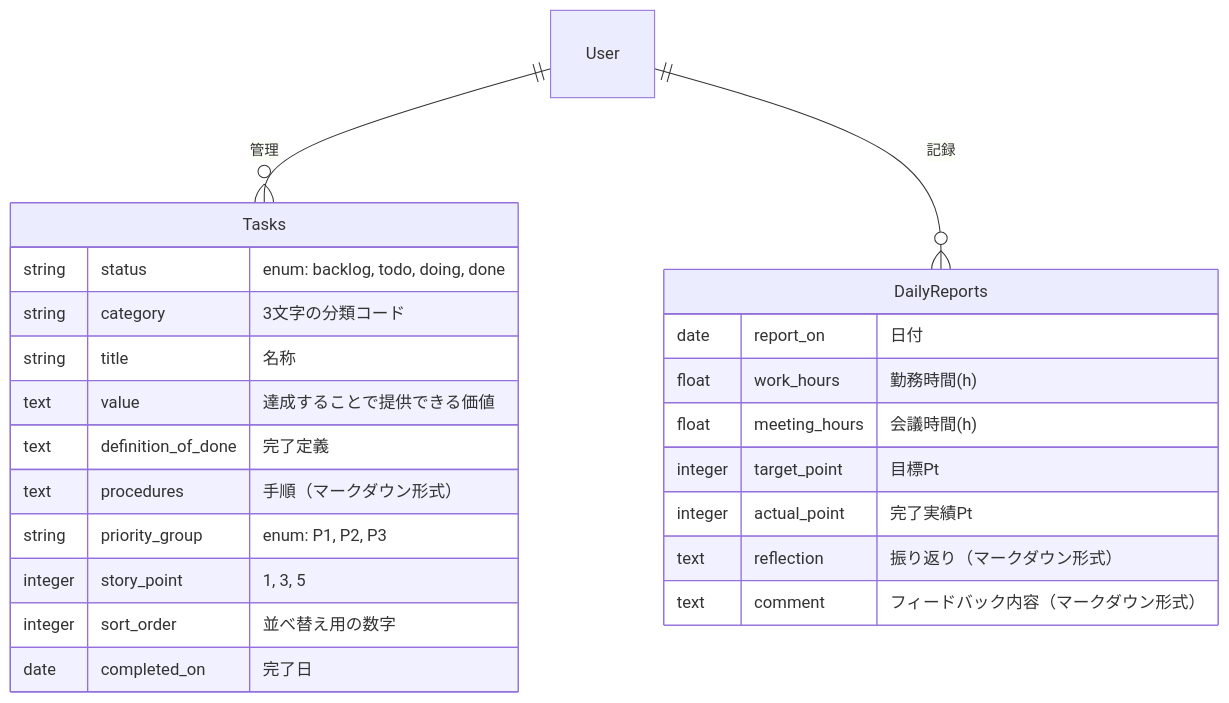
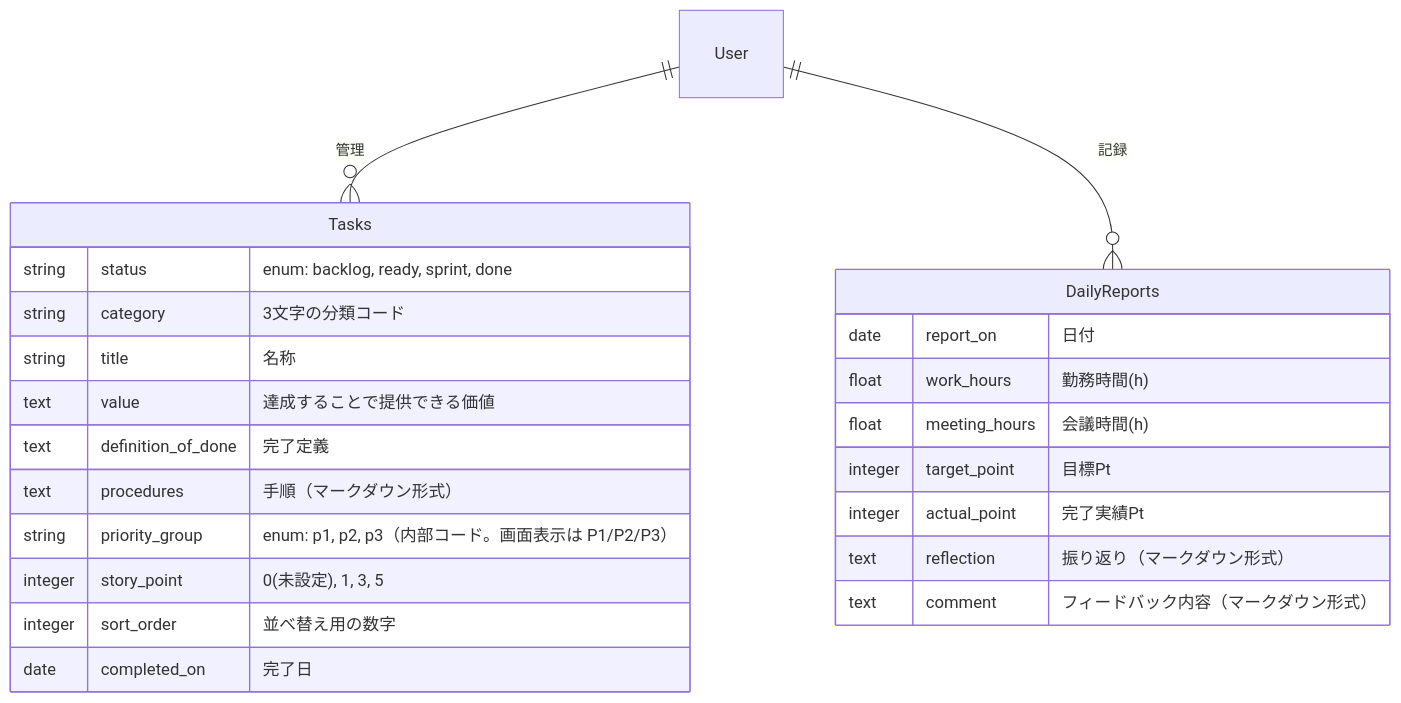
The diagram in docs/architecture/schema.md (kurahashi-rx/kurahashi-task-v1), drawn with Mermaid before and after one commit. The commit also changed other lines of this file and 2 other files, not shown here.

Commit message:
タスク関連の数値項目として、プライオリティグループとストーリーポイントの定義を追加。DB保存形式と画面表示形式の取り扱いについても明記。

````diff
--- a/docs/architecture/schema.md
+++ b/docs/architecture/schema.md
@@ -5,28 +5,28 @@
 ```mermaid
 erDiagram
     User ||--o{ Tasks : "管理"
     User ||--o{ DailyReports : "記録"
 
     Tasks {
-        string status "enum: backlog, todo, doing, done"
+        string status "enum: backlog, ready, sprint, done"
         string category "3文字の分類コード"
         string title "名称"
         text value "達成することで提供できる価値"
         text definition_of_done "完了定義"
         text procedures "手順（マークダウン形式）"
-        string priority_group "enum: P1, P2, P3"
-        integer story_point "1, 3, 5"
+        string priority_group "enum: p1, p2, p3（内部コード。画面表示は P1/P2/P3）"
+        integer story_point "0(未設定), 1, 3, 5"
         integer sort_order "並べ替え用の数字"
         date completed_on "完了日"
     }
 
     DailyReports {
         date report_on "日付"
         float work_hours "勤務時間(h)"
         float meeting_hours "会議時間(h)"
         integer target_point "目標Pt"
         integer actual_point "完了実績Pt"
         text reflection "振り返り（マークダウン形式）"
         text comment "フィードバック内容（マークダウン形式）"
     }
 ```
````
